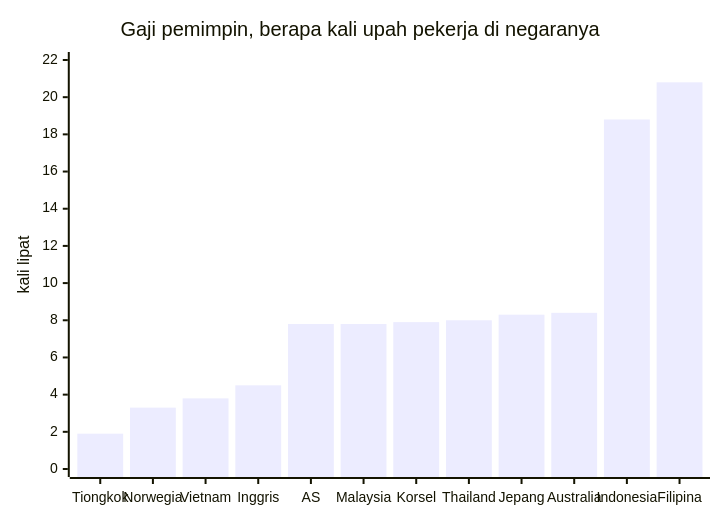
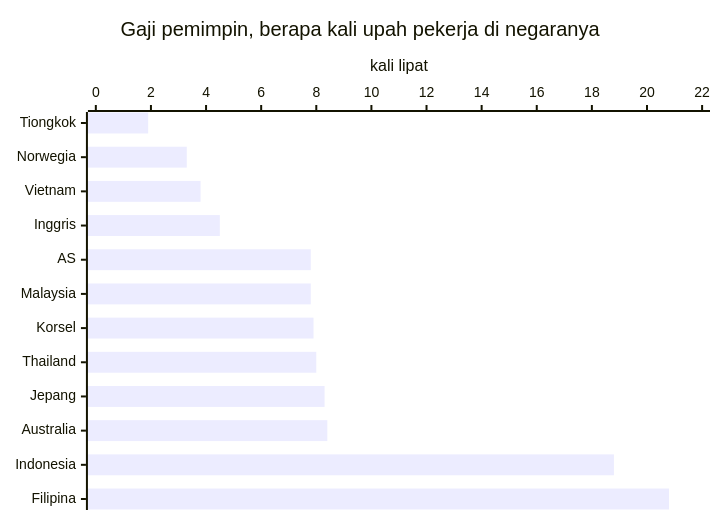
Before and after one commit to adjiebrotot/blog: the first of 2 diagrams in id/_posts/2026-11-04-gaji-pejabat-indonesia.md, drawn with Mermaid. The commit also changed other lines of this file and 2 other files, not shown here.

First line of the commit message:
Politician pay: horizontal leader chart, add MP pay comparison in both languages

````diff
--- a/id/_posts/2026-11-04-gaji-pejabat-indonesia.md
+++ b/id/_posts/2026-11-04-gaji-pejabat-indonesia.md
@@ -143,7 +143,7 @@
 ```mermaid
-xychart-beta
+xychart-beta horizontal
   title "Gaji pemimpin, berapa kali upah pekerja di negaranya"
   x-axis ["Tiongkok", "Norwegia", "Vietnam", "Inggris", "AS", "Malaysia", "Korsel", "Thailand", "Jepang", "Australia", "Indonesia", "Filipina"]
   y-axis "kali lipat" 0 --> 22
   bar [1.9, 3.3, 3.8, 4.5, 7.8, 7.8, 7.9, 8.0, 8.3, 8.4, 18.8, 20.8]
 ```
````
